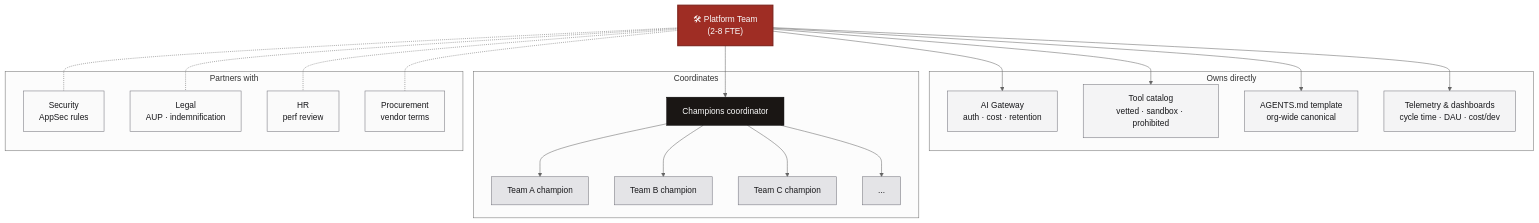
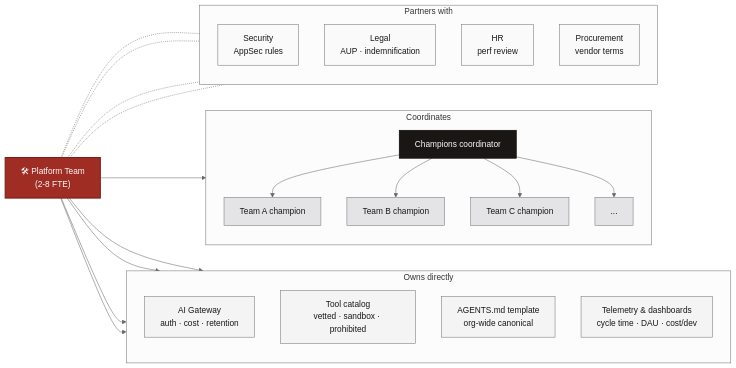
One commit to pochadri/ai-coding changed the diagram in 08-team-and-adoption/org-design.md. Above: the diagram before and after it, drawn with Mermaid (neutral theme). The commit also changed 1 other file, not shown here.

````diff
--- a/08-team-and-adoption/org-design.md
+++ b/08-team-and-adoption/org-design.md
@@ -30,37 +30,40 @@
 ```mermaid
-flowchart TB
+flowchart LR
     PT["🛠 Platform Team<br/>(2-8 FTE)"]:::team
 
     subgraph Owns["Owns directly"]
+      direction TB
       AIG[AI Gateway<br/>auth · cost · retention]:::owns
       Cat[Tool catalog<br/>vetted · sandbox · prohibited]:::owns
       AGM[AGENTS.md template<br/>org-wide canonical]:::owns
       Tel[Telemetry & dashboards<br/>cycle time · DAU · cost/dev]:::owns
     end
 
     subgraph Coord["Coordinates"]
+      direction TB
       CC[Champions coordinator]:::coord
       Ch1[Team A champion]:::champ
       Ch2[Team B champion]:::champ
       Ch3[Team C champion]:::champ
       ChN[...]:::champ
     end
 
     subgraph Partners["Partners with"]
+      direction TB
       Sec[Security<br/>AppSec rules]:::partner
       Leg[Legal<br/>AUP · indemnification]:::partner
       HR[HR<br/>perf review]:::partner
       Pro[Procurement<br/>vendor terms]:::partner
     end
 
     PT --> AIG & Cat & AGM & Tel
     PT --> CC
     CC --> Ch1 & Ch2 & Ch3 & ChN
     PT -.- Sec & Leg & HR & Pro
 
     classDef team fill:#9F2D24,stroke:#7A1F18,color:#FAFAFA,stroke-width:2px
     classDef owns fill:#F4F4F5,stroke:#71717A,color:#18181B
     classDef coord fill:#1A1614,stroke:#000000,color:#FAFAFA
     classDef champ fill:#E4E4E7,stroke:#71717A,color:#18181B
     classDef partner fill:#FAFAFA,stroke:#71717A,color:#18181B
 ```
````
